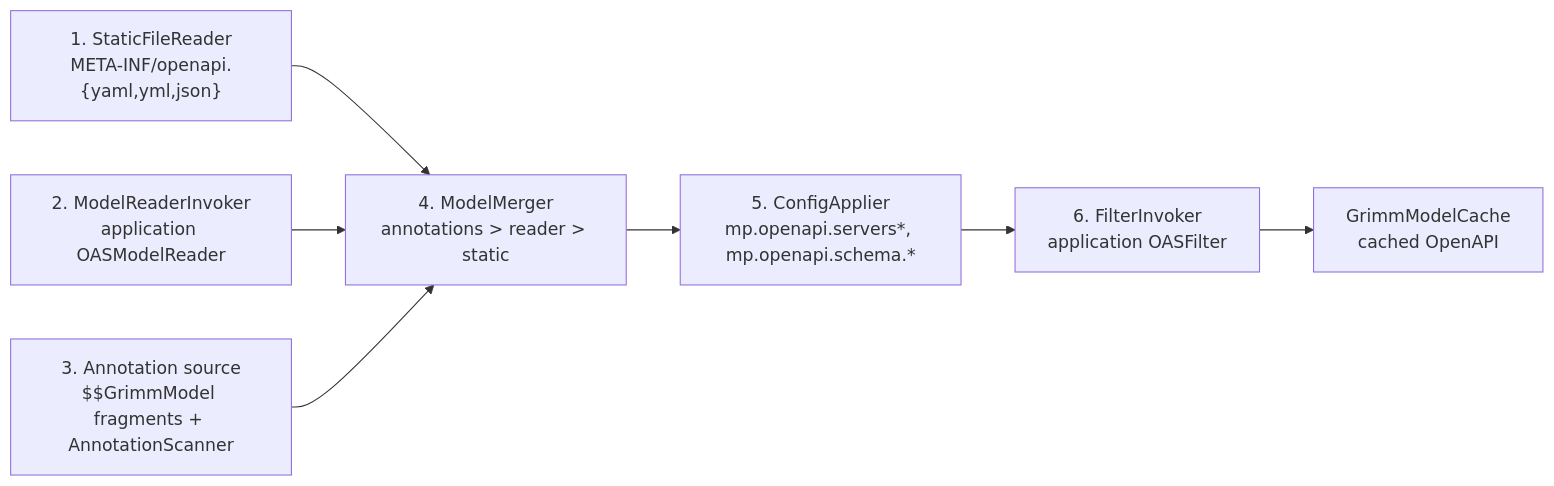
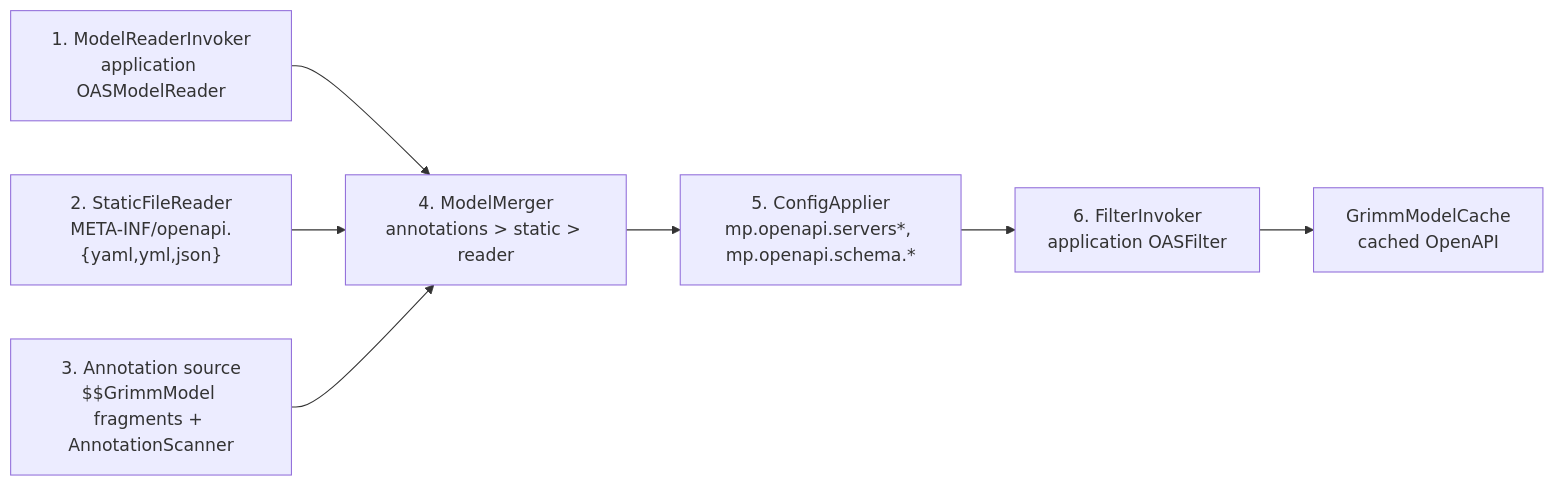
The diagram in docs/en/modules/ROOT/pages/internals.adoc (vidocq-stack/grimm), drawn with Mermaid before and after one commit. The commit also changed other lines of this file and 12 other files, not shown here.

First line of the commit message:
fix(merger): let the static file override the OASModelReader model

```diff
--- a/docs/en/modules/ROOT/pages/internals.adoc
+++ b/docs/en/modules/ROOT/pages/internals.adoc
@@ -17,18 +17,18 @@
 [mermaid]
 ....
 flowchart LR
-  S1["1. StaticFileReader<br/>META-INF/openapi.{yaml,yml,json}"]
-  S2["2. ModelReaderInvoker<br/>application OASModelReader"]
+  S1["1. ModelReaderInvoker<br/>application OASModelReader"]
+  S2["2. StaticFileReader<br/>META-INF/openapi.{yaml,yml,json}"]
   S3["3. Annotation source<br/>$$GrimmModel fragments + AnnotationScanner"]
-  Merge["4. ModelMerger<br/>annotations > reader > static"]
+  Merge["4. ModelMerger<br/>annotations > static > reader"]
   Cfg["5. ConfigApplier<br/>mp.openapi.servers*, mp.openapi.schema.*"]
   S4["6. FilterInvoker<br/>application OASFilter"]
   Cache["GrimmModelCache<br/>cached OpenAPI"]
 
   S1 --> Merge
   S2 --> Merge
   S3 --> Merge
   Merge --> Cfg
   Cfg --> S4
   S4 --> Cache
 ....
```
